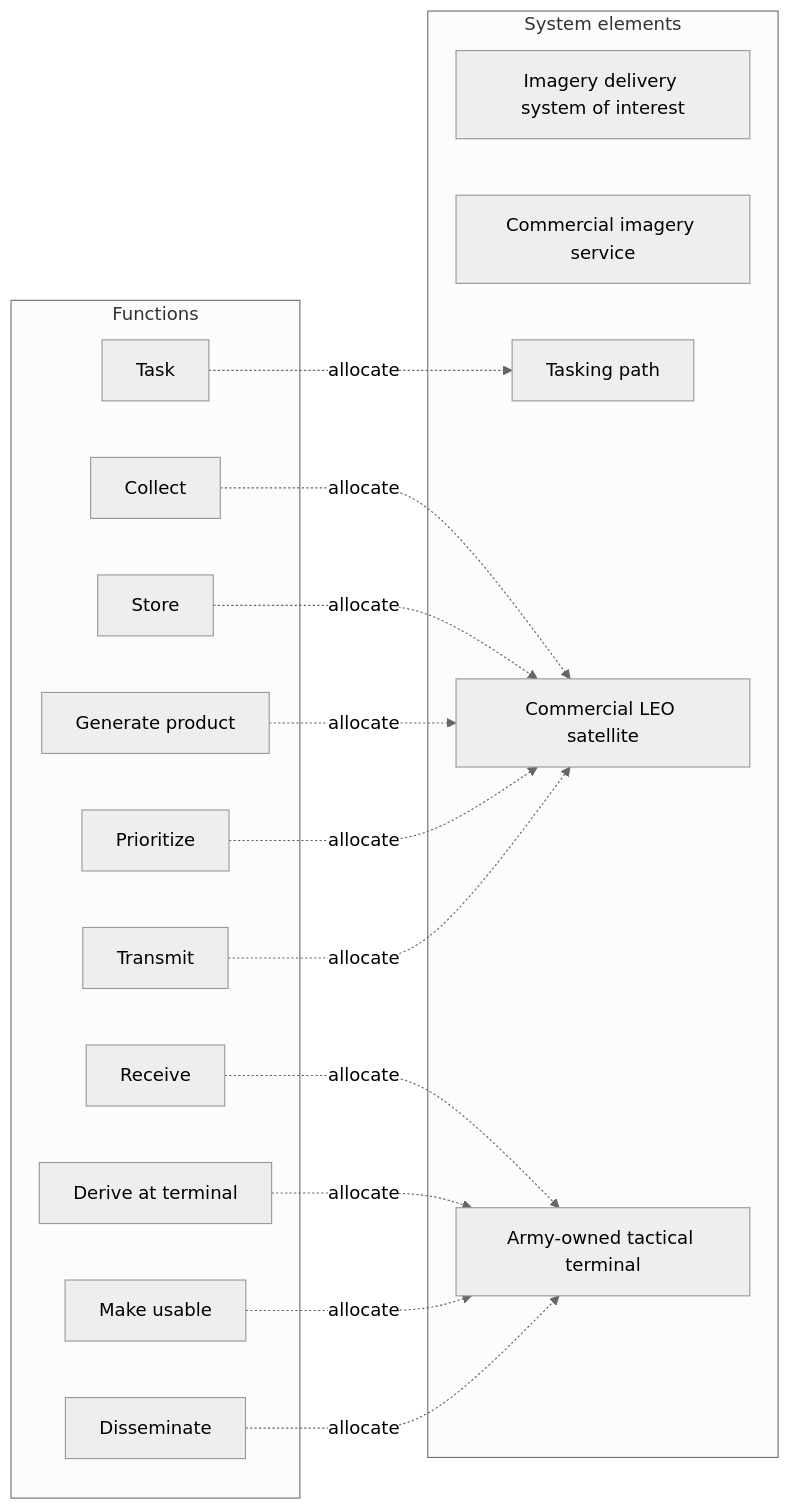
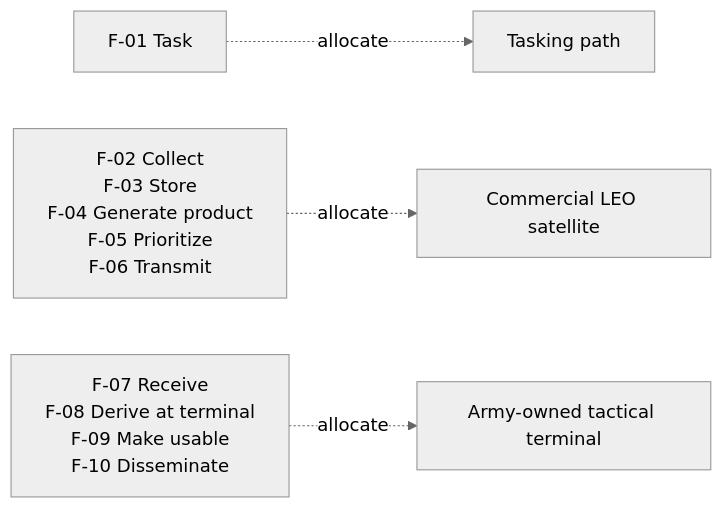
The fourth of 14 diagrams in docs/reference/VIEWS.md (noahstephenson/leo-edge-architecture), drawn with Mermaid (neutral theme) before and after one commit. The commit also changed other lines of this file and 128 other files, not shown here.

First line of the commit message:
Complete bounded architecture study and review manuscript

````diff
--- a/docs/reference/VIEWS.md
+++ b/docs/reference/VIEWS.md
@@ -68,32 +89,12 @@
 ```mermaid
 flowchart LR
-    subgraph behavior ["Functions"]
-        n_F_01["Task"]
-        n_F_02["Collect"]
-        n_F_03["Store"]
-        n_F_04["Generate product"]
-        n_F_05["Prioritize"]
-        n_F_06["Transmit"]
-        n_F_07["Receive"]
-        n_F_08["Derive at terminal"]
-        n_F_09["Make usable"]
-        n_F_10["Disseminate"]
-    end
-    subgraph structure_parts ["System elements"]
-        n_E_SYSTEM["Imagery delivery system of interest"]
-        n_E_PROVIDER["Commercial imagery service"]
-        n_E_TASKING["Tasking path"]
-        n_E_SATELLITE["Commercial LEO satellite"]
-        n_E_TERMINAL["Army-owned tactical terminal"]
-    end
-    n_F_01 -.->|allocate| n_E_TASKING
-    n_F_02 -.->|allocate| n_E_SATELLITE
-    n_F_03 -.->|allocate| n_E_SATELLITE
-    n_F_04 -.->|allocate| n_E_SATELLITE
-    n_F_05 -.->|allocate| n_E_SATELLITE
-    n_F_06 -.->|allocate| n_E_SATELLITE
-    n_F_07 -.->|allocate| n_E_TERMINAL
-    n_F_08 -.->|allocate| n_E_TERMINAL
-    n_F_09 -.->|allocate| n_E_TERMINAL
-    n_F_10 -.->|allocate| n_E_TERMINAL
+    group_n_E_TASKING["F-01 Task"]
+    n_E_TASKING["Tasking path"]
+    group_n_E_TASKING -.->|allocate| n_E_TASKING
+    group_n_E_SATELLITE["F-02 Collect<br/>F-03 Store<br/>F-04 Generate product<br/>F-05 Prioritize<br/>F-06 Transmit"]
+    n_E_SATELLITE["Commercial LEO satellite"]
+    group_n_E_SATELLITE -.->|allocate| n_E_SATELLITE
+    group_n_E_TERMINAL["F-07 Receive<br/>F-08 Derive at terminal<br/>F-09 Make usable<br/>F-10 Disseminate"]
+    n_E_TERMINAL["Army-owned tactical terminal"]
+    group_n_E_TERMINAL -.->|allocate| n_E_TERMINAL
 ```
````
